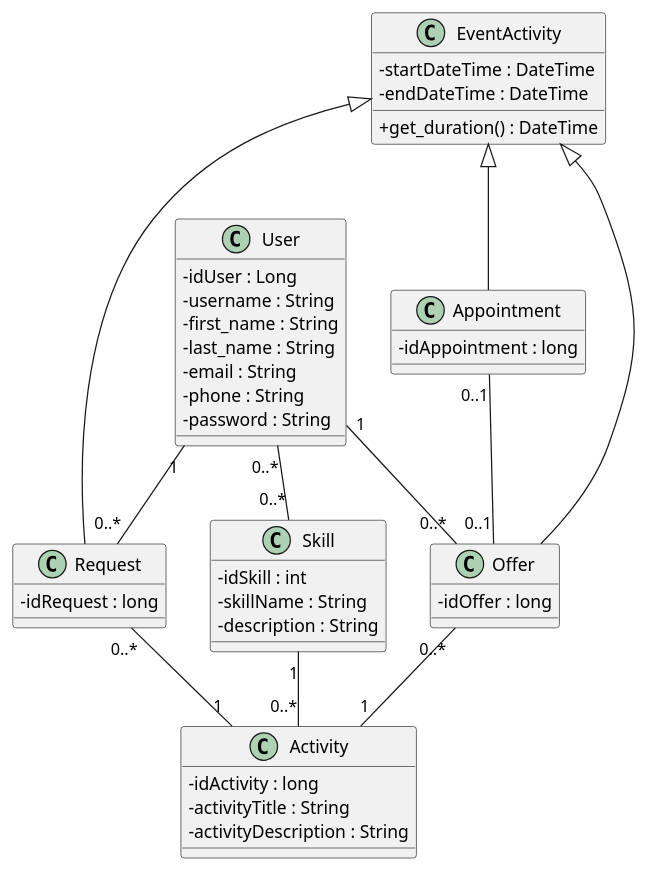
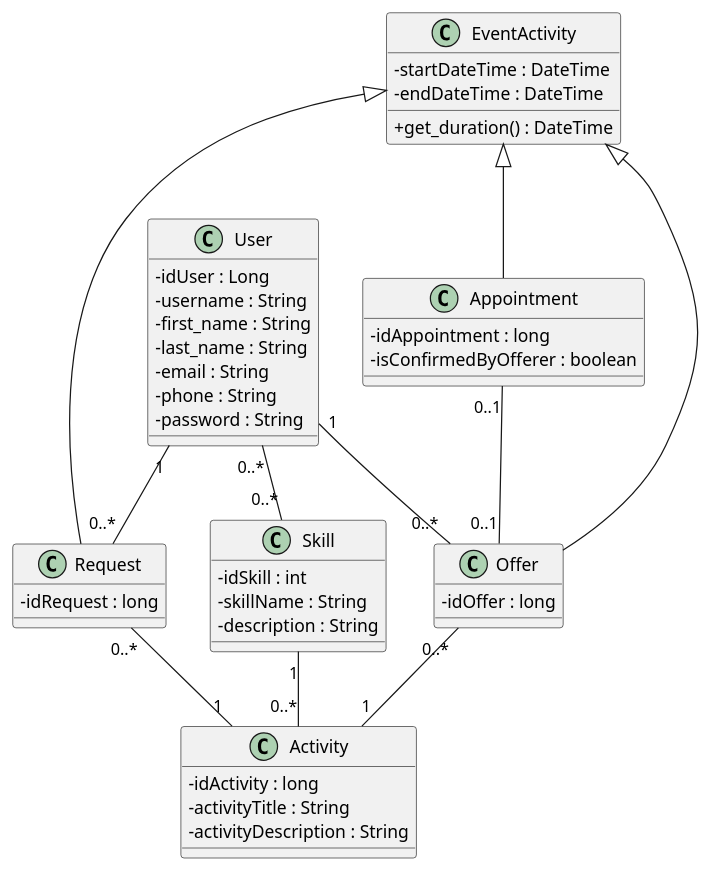
Before and after one commit to albanmartel/SkillsExchange: the diagram in Modelisation/02_CLASS_DIAGRAM/02_Class_Digram.puml, drawn with PlantUML.

Commit message:
UPDATE '02_Class_Digram.puml 'Mettre dans la modélisation.

```diff
--- a/Modelisation/02_CLASS_DIAGRAM/02_Class_Digram.puml
+++ b/Modelisation/02_CLASS_DIAGRAM/02_Class_Digram.puml
@@ -1,55 +1,57 @@
 @startuml
 skinparam classAttributeIconSize 0
 
 class User {
   - idUser : Long
   - username : String
   - first_name : String
   - last_name : String
   - email : String
   - phone : String
   - password : String
 }
 
 class Skill {
   - idSkill : int
   - skillName : String
   - description : String
 }
 
 class Activity {
   - idActivity : long
   - activityTitle : String
   - activityDescription : String
 }
 
 class EventActivity {
   - startDateTime : DateTime
   - endDateTime : DateTime
   + get_duration() : DateTime
 }
 
 class Offer {
   - idOffer : long
 }
 
 class Appointment{
   - idAppointment : long
+  - isConfirmedByOfferer : boolean
 }
 
 class Request {
   - idRequest : long
 }
 
 EventActivity <|-- Offer
 EventActivity <|-- Appointment
 EventActivity <|-- Request
 
 User "0..*" -- "0..*" Skill
+Skill "1" -- "0..*" Activity
 User "1" -- "0..*" Offer
 User "1" -- "0..*" Request
-Skill "1" -- "0..*" Activity
-Appointment "0..1" -- "0..1" Offer
 Offer "0..*" -- "1" Activity
 Request "0..*" -- "1" Activity
+Appointment "0..1" -- "0..1" Offer
+
 @enduml
```
